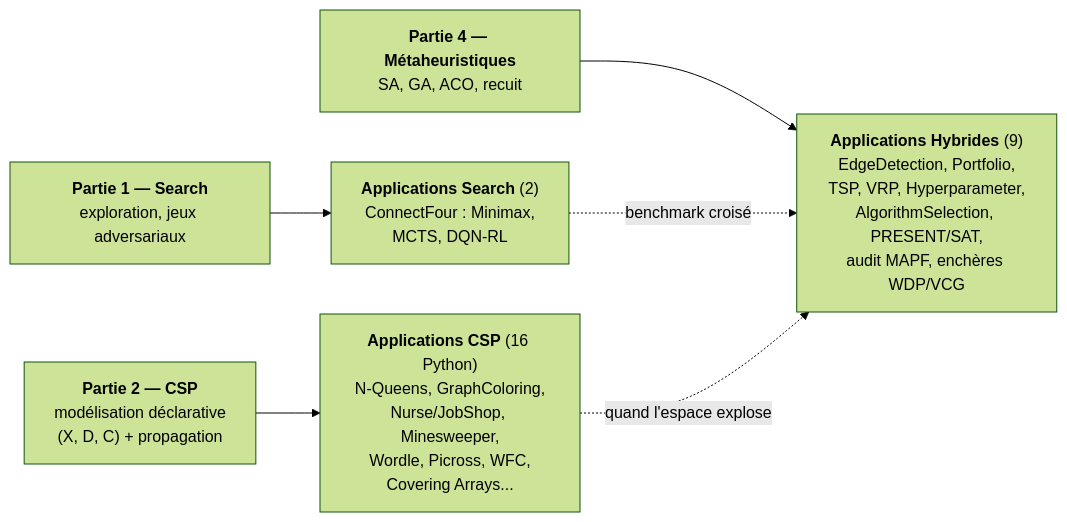
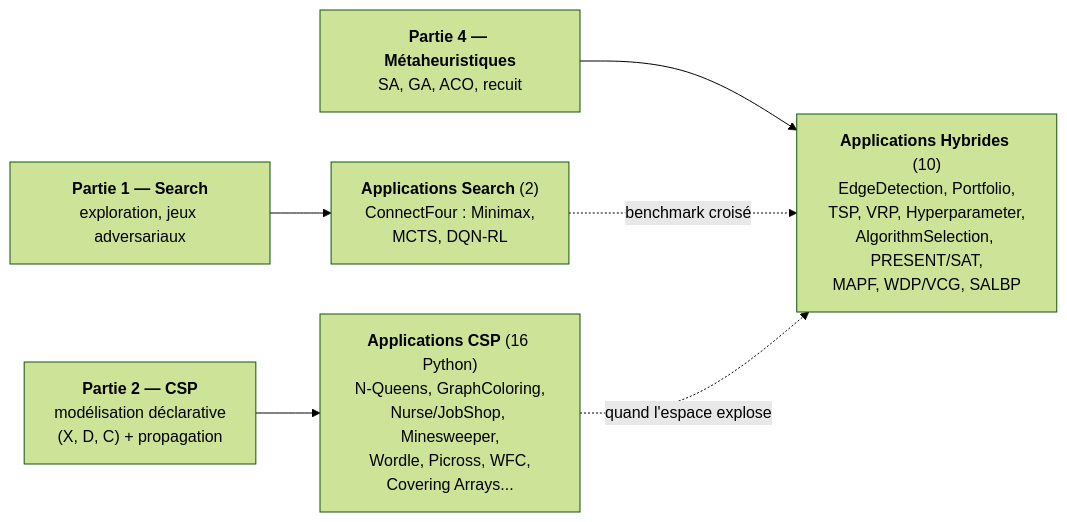
Before and after one commit to jsboige/CoursIA: the diagram in MyIA.AI.Notebooks/Search/Applications/README.md, drawn with Mermaid (forest theme). The commit also changed other lines of this file and 8 other files, not shown here.

Commit message:
feat(search): add SALBP certificate audit

````diff
--- a/MyIA.AI.Notebooks/Search/Applications/README.md
+++ b/MyIA.AI.Notebooks/Search/Applications/README.md
@@ -38,14 +38,14 @@
 ```mermaid
 flowchart LR
     P1["<b>Partie 1 — Search</b><br/>exploration, jeux adversariaux"]
     P2["<b>Partie 2 — CSP</b><br/>modélisation déclarative<br/>(X, D, C) + propagation"]
     P4["<b>Partie 4 — Métaheuristiques</b><br/>SA, GA, ACO, recuit"]
     S["<b>Applications Search</b> (2)<br/>ConnectFour : Minimax,<br/>MCTS, DQN-RL"]
     C["<b>Applications CSP</b> (16 Python)<br/>N-Queens, GraphColoring,<br/>Nurse/JobShop, Minesweeper,<br/>Wordle, Picross, WFC,<br/>Covering Arrays..."]
-    H["<b>Applications Hybrides</b> (9)<br/>EdgeDetection, Portfolio,<br/>TSP, VRP, Hyperparameter,<br/>AlgorithmSelection, PRESENT/SAT,<br/>audit MAPF, enchères WDP/VCG"]
+    H["<b>Applications Hybrides</b> (10)<br/>EdgeDetection, Portfolio,<br/>TSP, VRP, Hyperparameter,<br/>AlgorithmSelection, PRESENT/SAT,<br/>MAPF, WDP/VCG, SALBP"]
     P1 --> S
     P2 --> C
     P4 --> H
     S -.->|"benchmark croisé"| H
     C -.->|"quand l'espace explose"| H
 ```
````
